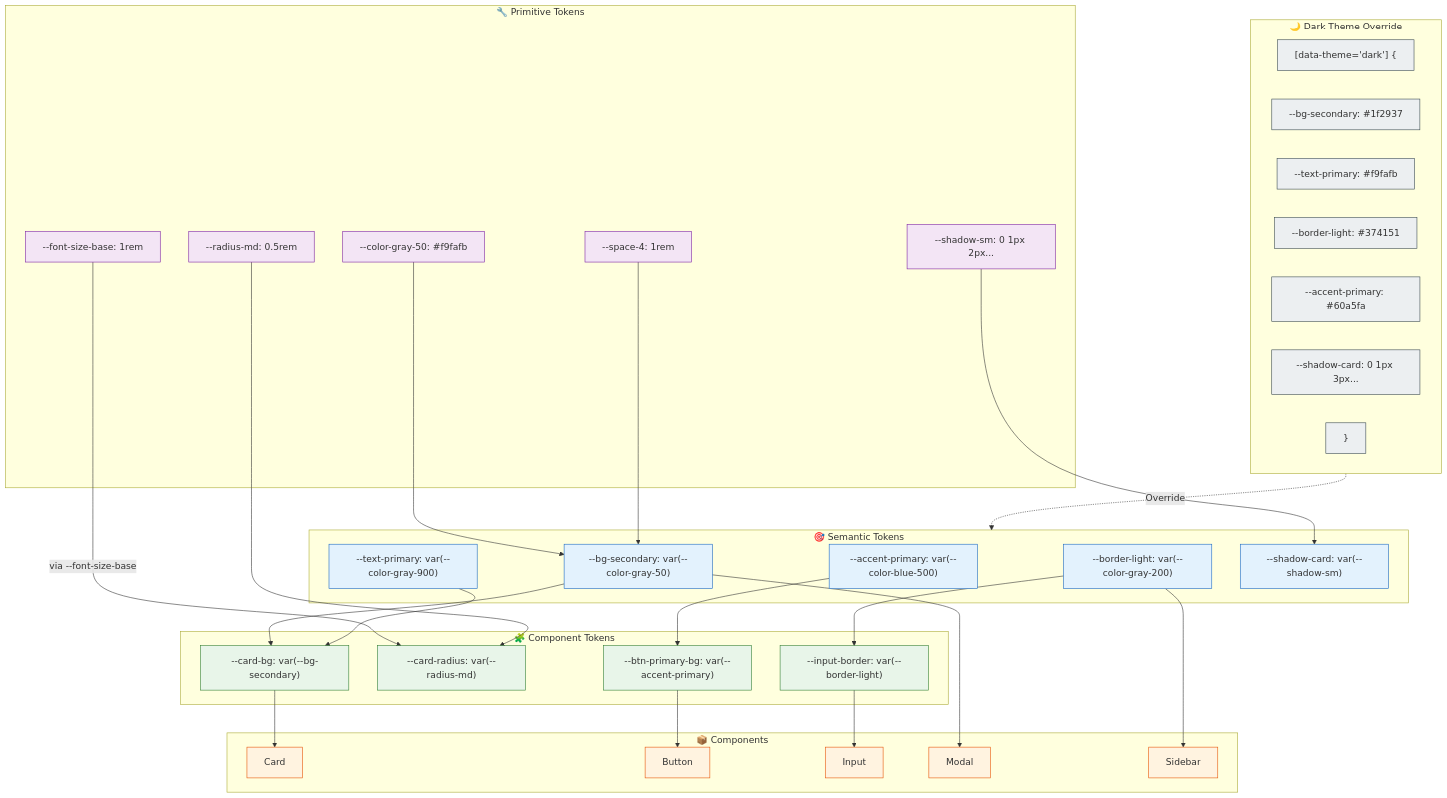
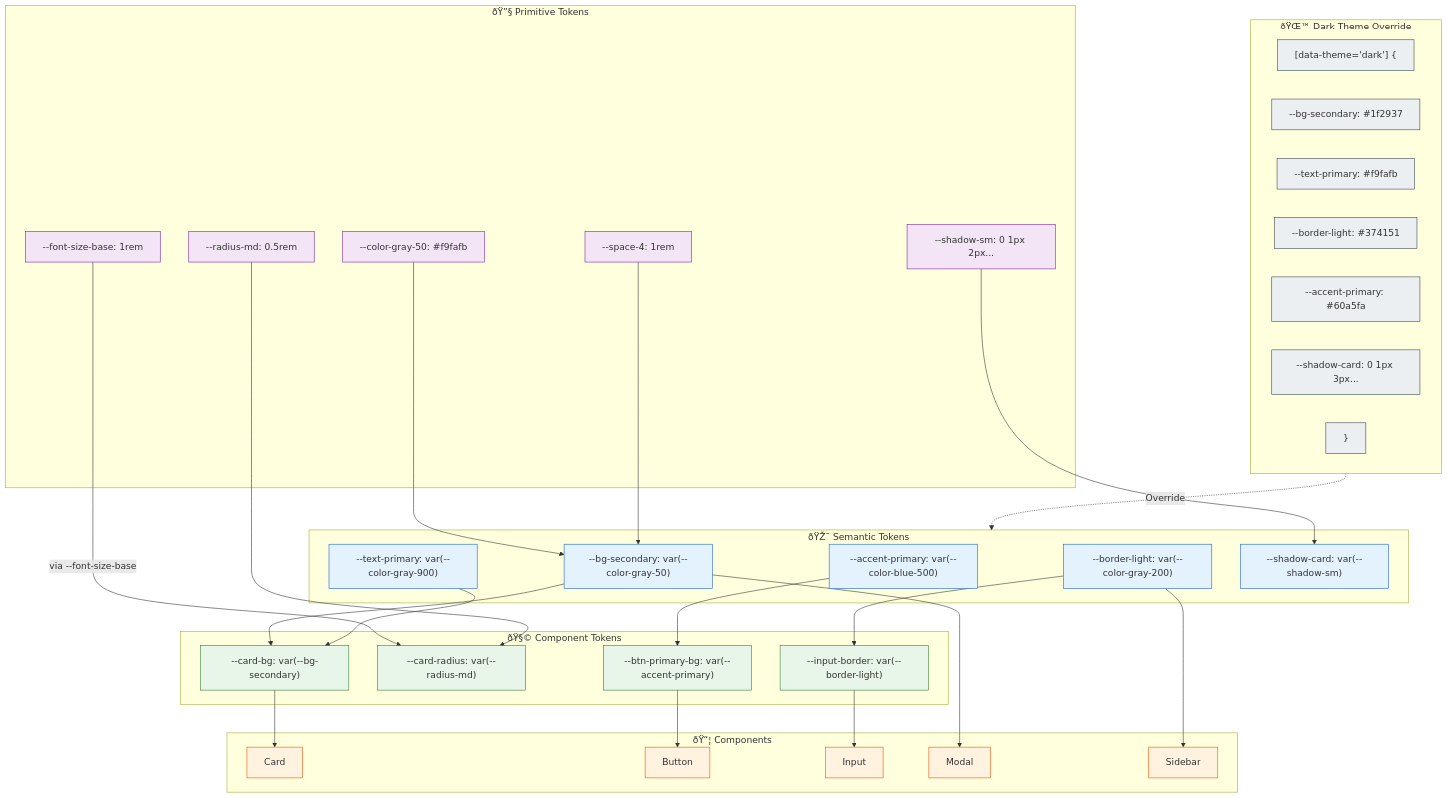
One commit to Driftloom/Vaeloom changed the third of 4 diagrams in Docs/Frontend/Theme-System.md. Above: the diagram before and after it, drawn with Mermaid. The commit also changed other lines of this file and 249 other files, not shown here.

````diff
--- a/Docs/Frontend/Theme-System.md
+++ b/Docs/Frontend/Theme-System.md
@@ -911,72 +911,72 @@
 ```mermaid
 graph TD
-    subgraph PrimitiveTokens["🔧 Primitive Tokens"]
+    subgraph PrimitiveTokens["ðŸ”§ Primitive Tokens"]
         PT1["--color-gray-50: #f9fafb"]
         PT2["--font-size-base: 1rem"]
         PT3["--space-4: 1rem"]
         PT4["--radius-md: 0.5rem"]
         PT5["--shadow-sm: 0 1px 2px..."]
     end
 
-    subgraph SemanticTokens["🎯 Semantic Tokens"]
+    subgraph SemanticTokens["ðŸŽ¯ Semantic Tokens"]
         ST1["--bg-secondary: var(--color-gray-50)"]
         ST2["--text-primary: var(--color-gray-900)"]
         ST3["--border-light: var(--color-gray-200)"]
         ST4["--accent-primary: var(--color-blue-500)"]
         ST5["--shadow-card: var(--shadow-sm)"]
     end
 
-    subgraph ComponentTokens["🧩 Component Tokens"]
+    subgraph ComponentTokens["ðŸ§© Component Tokens"]
         CT1["--card-bg: var(--bg-secondary)"]
         CT2["--card-radius: var(--radius-md)"]
         CT3["--btn-primary-bg: var(--accent-primary)"]
         CT4["--input-border: var(--border-light)"]
     end
 
-    subgraph Components["📦 Components"]
+    subgraph Components["ðŸ“¦ Components"]
         C1["Card"]
         C2["Button"]
         C3["Input"]
         C4["Modal"]
         C5["Sidebar"]
     end
 
-    subgraph DarkTheme["🌙 Dark Theme Override"]
+    subgraph DarkTheme["ðŸŒ™ Dark Theme Override"]
         DT1["[data-theme='dark'] {"]
         DT2["--bg-secondary: #1f2937"]
         DT3["--text-primary: #f9fafb"]
         DT4["--border-light: #374151"]
         DT5["--accent-primary: #60a5fa"]
         DT6["--shadow-card: 0 1px 3px..."]
         DT7["}"]
     end
 
     PT1 --> ST1
     PT2 -->|via --font-size-base| CT2
     PT3 --> ST1
     PT4 --> CT2
     PT5 --> ST5
     ST1 --> CT1
     ST2 --> CT1
     ST4 --> CT3
     ST3 --> CT4
     CT1 --> C1
     CT3 --> C2
     CT4 --> C3
     ST1 --> C4
     ST3 --> C5
 
     DarkTheme -.->|Override| SemanticTokens
 
     classDef primitive fill:#f3e5f5,stroke:#7b1fa2
     classDef semantic fill:#e3f2fd,stroke:#1565c0
     classDef component fill:#e8f5e9,stroke:#2e7d32
     classDef ui fill:#fff3e0,stroke:#e65100
     classDef dark fill:#eceff1,stroke:#37474f
 
     class PT1,PT2,PT3,PT4,PT5 primitive
     class ST1,ST2,ST3,ST4,ST5 semantic
     class CT1,CT2,CT3,CT4 component
     class C1,C2,C3,C4,C5 ui
     class DT1,DT2,DT3,DT4,DT5,DT6,DT7 dark
 ```
````
